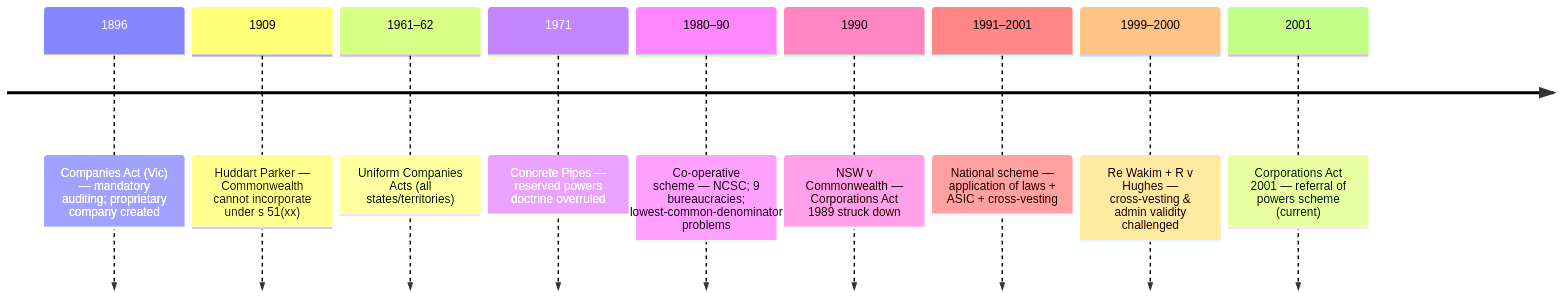
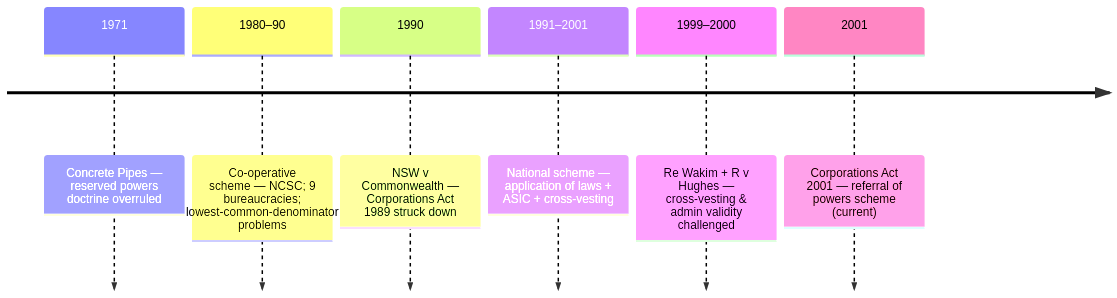
One commit to matthew-duff/bacheloroflaws changed the third of 3 diagrams in Corporate Law/summaries/Week 1/Chapter 1 — History and Regulatory Structure.md. Above: the diagram before and after it, drawn with Mermaid. The commit also changed other lines of this file and 21 other files, not shown here.

````diff
--- a/Corporate Law/summaries/Week 1/Chapter 1 — History and Regulatory Structure.md
+++ b/Corporate Law/summaries/Week 1/Chapter 1 — History and Regulatory Structure.md
@@ -479,12 +487,10 @@
 ```mermaid
 timeline
-    1896 : Companies Act (Vic) — mandatory auditing; proprietary company created
-    1909 : Huddart Parker — Commonwealth cannot incorporate under s 51(xx)
-    1961–62 : Uniform Companies Acts (all states/territories)
+
     1971 : Concrete Pipes — reserved powers doctrine overruled
     1980–90 : Co-operative scheme — NCSC; 9 bureaucracies; lowest-common-denominator problems
     1990 : NSW v Commonwealth — Corporations Act 1989 struck down
     1991–2001 : National scheme — application of laws + ASIC + cross-vesting
     1999–2000 : Re Wakim + R v Hughes — cross-vesting & admin validity challenged
     2001 : Corporations Act 2001 — referral of powers scheme (current)
 ```
````
